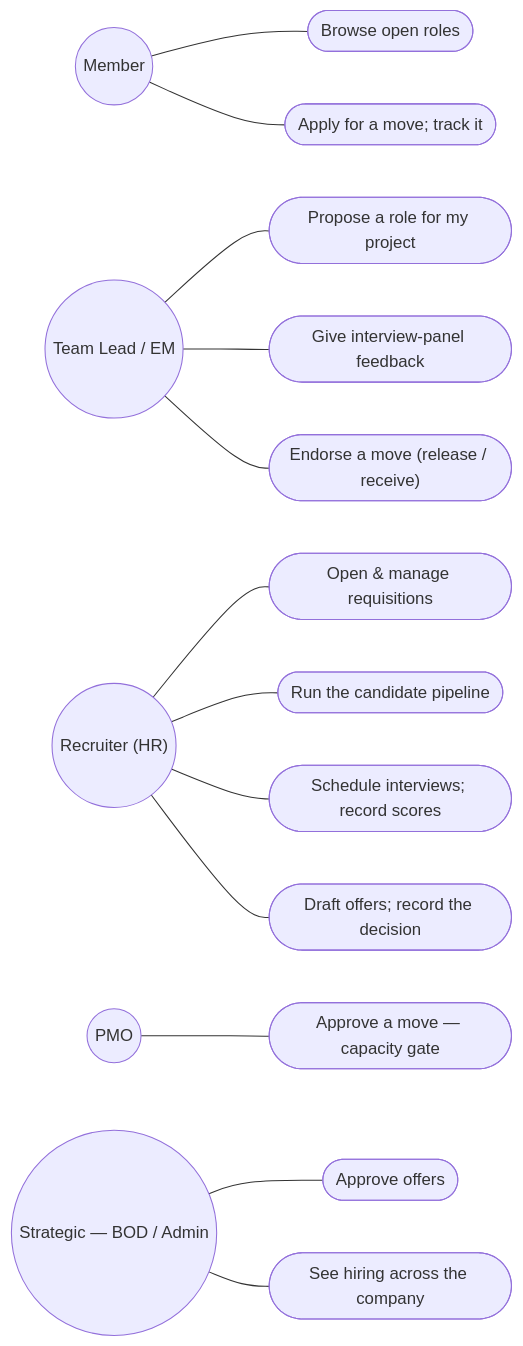
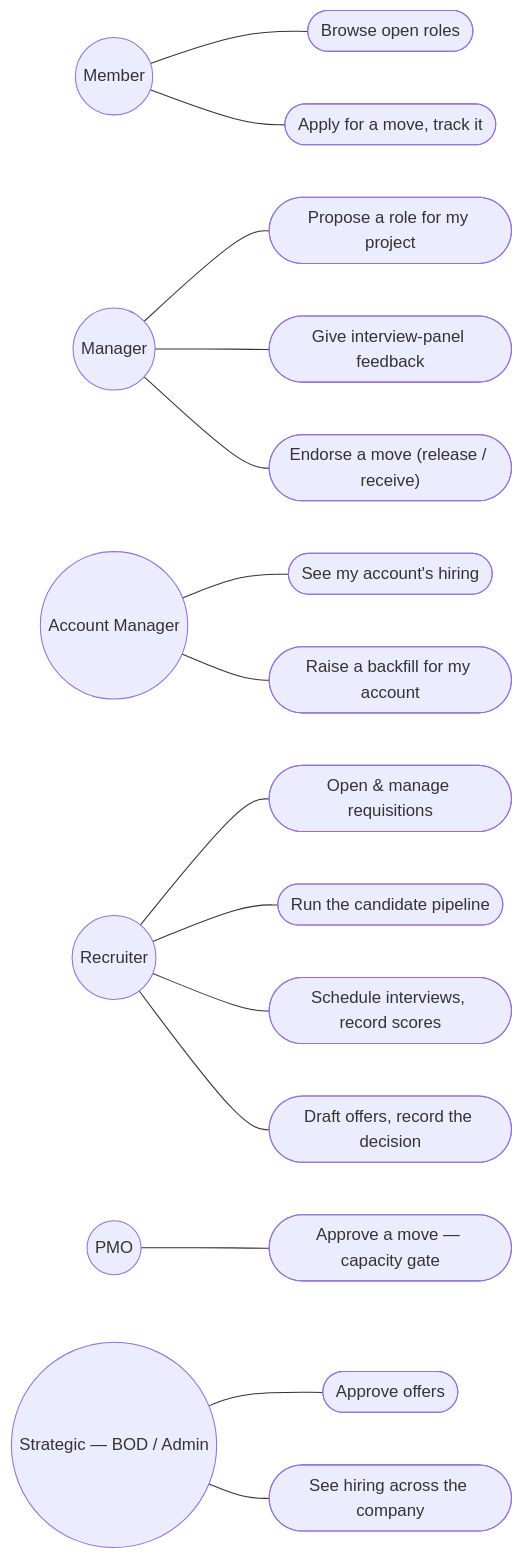
Before and after one commit to Seta-International/agent-platform: the second of 11 diagrams in docs/modules/Hiring-PRD.md, drawn with Mermaid. The commit also changed other lines of this file and 5 other files, not shown here.

````diff
--- a/docs/modules/Hiring-PRD.md
+++ b/docs/modules/Hiring-PRD.md
@@ -171,25 +176,29 @@
 ```mermaid
 graph LR
   M(("Member"))
-  L(("Team Lead / EM"))
-  R(("Recruiter (HR)"))
+  L(("Manager"))
+  A(("Account Manager"))
+  R(("Recruiter"))
   P(("PMO"))
   S(("Strategic — BOD / Admin"))
 
   M --- m1(["Browse open roles"])
-  M --- m2(["Apply for a move; track it"])
+  M --- m2(["Apply for a move, track it"])
 
   L --- l1(["Propose a role for my project"])
   L --- l2(["Give interview-panel feedback"])
   L --- l3(["Endorse a move (release / receive)"])
 
+  A --- a1(["See my account's hiring"])
+  A --- a2(["Raise a backfill for my account"])
+
   R --- r1(["Open & manage requisitions"])
   R --- r2(["Run the candidate pipeline"])
-  R --- r3(["Schedule interviews; record scores"])
-  R --- r4(["Draft offers; record the decision"])
+  R --- r3(["Schedule interviews, record scores"])
+  R --- r4(["Draft offers, record the decision"])
 
   P --- p1(["Approve a move — capacity gate"])
 
   S --- s1(["Approve offers"])
   S --- s2(["See hiring across the company"])
 ```
````
